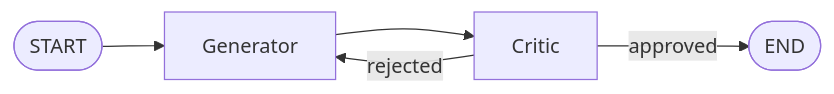
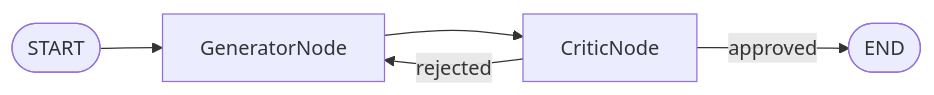
Before and after one commit to Proact0/Act-Operator: the fifth of 13 diagrams in act_operator/act_operator/scaffold/{{ cookiecutter.act_slug }}/.claude/skills/act-architect/resources/agentic-design-patterns.md, drawn with Mermaid. The commit also changed other lines of this file and 9 other files, not shown here.

Commit message:
Update version to 0.2.4, add new template paths for improved project scaffolding, and enhance documentation for interactive conversation protocols in the act-architect skill.

````diff
--- a/act_operator/act_operator/scaffold/{{ cookiecutter.act_slug }}/.claude/skills/act-architect/resources/agentic-design-patterns.md
+++ b/act_operator/act_operator/scaffold/{{ cookiecutter.act_slug }}/.claude/skills/act-architect/resources/agentic-design-patterns.md
@@ -130,6 +134,7 @@
 ```mermaid
 graph LR
-    START([START]) --> Generator --> Critic
-    Critic -->|rejected| Generator
-    Critic -->|approved| END([END])
+    START([START]) --> A[GeneratorNode]
+    A --> B[CriticNode]
+    B -->|rejected| A
+    B -->|approved| END([END])
 ```
````
